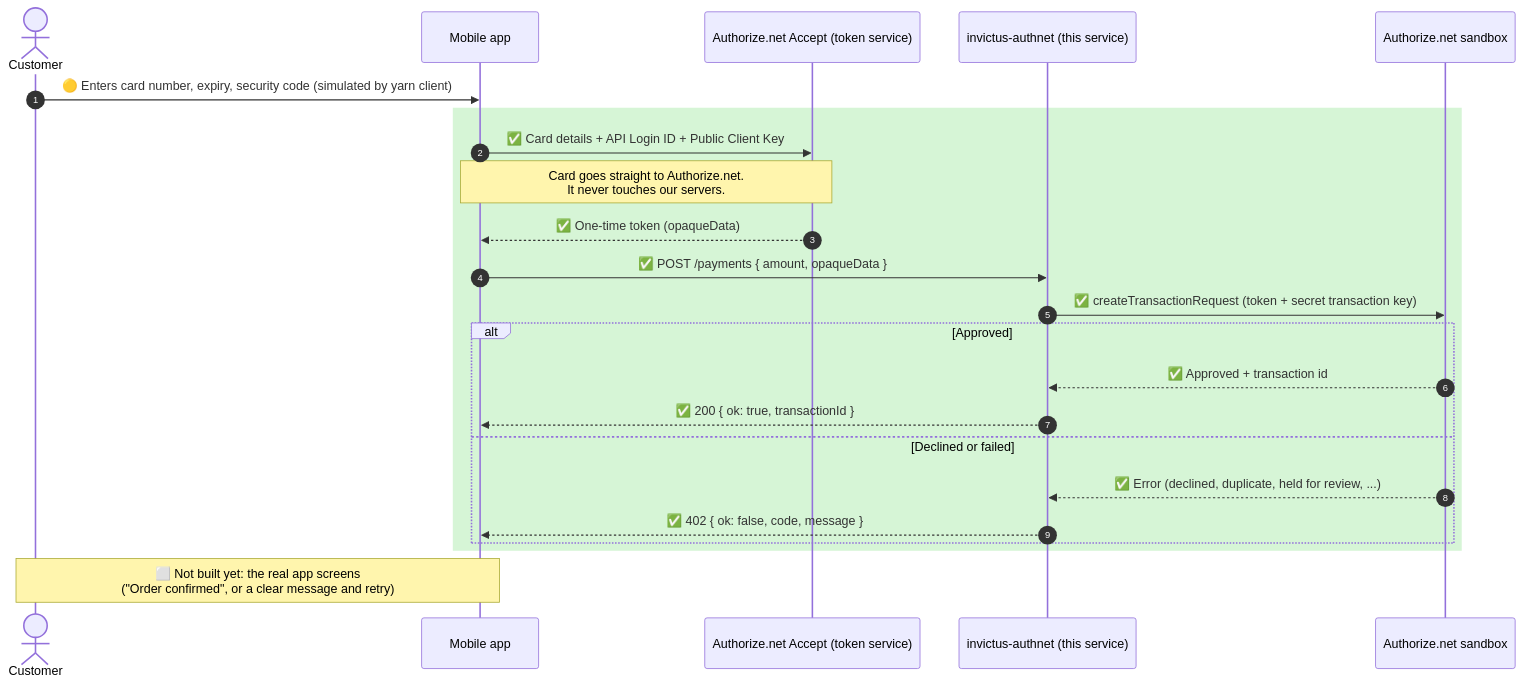
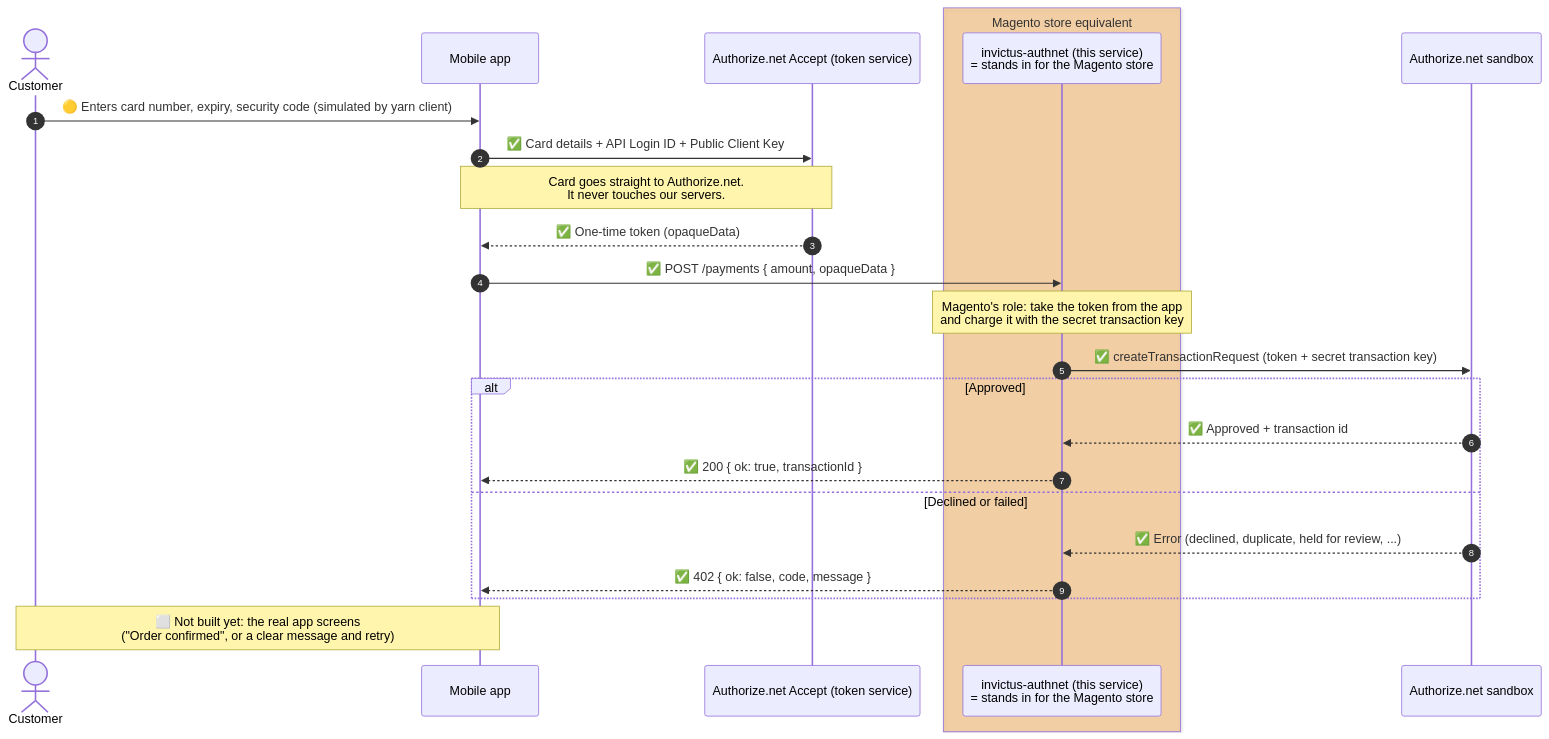
One commit to binarytracer/authorize-net-integration changed the diagram in README.md. Above: the diagram before and after it, drawn with Mermaid. The commit also changed other lines of this file, not shown here.

Commit message:
chore: diagram updated

````diff
--- a/README.md
+++ b/README.md
@@ -116,26 +116,27 @@
 ```mermaid
 sequenceDiagram
   autonumber
   actor U as Customer
   participant A as Mobile app
   participant AC as Authorize.net Accept (token service)
-  participant API as invictus-authnet (this service)
+  box rgba(255, 140, 0, 0.30) Magento store equivalent
+    participant API as invictus-authnet (this service)<br/>= stands in for the Magento store
+  end
   participant AN as Authorize.net sandbox
 
   U->>A: 🟡 Enters card number, expiry, security code (simulated by yarn client)
-  rect rgb(214, 245, 214)
-    A->>AC: ✅ Card details + API Login ID + Public Client Key
-    Note over A,AC: Card goes straight to Authorize.net.<br/>It never touches our servers.
-    AC-->>A: ✅ One-time token (opaqueData)
-    A->>API: ✅ POST /payments { amount, opaqueData }
-    API->>AN: ✅ createTransactionRequest (token + secret transaction key)
-    alt Approved
-      AN-->>API: ✅ Approved + transaction id
-      API-->>A: ✅ 200 { ok: true, transactionId }
-    else Declined or failed
-      AN-->>API: ✅ Error (declined, duplicate, held for review, ...)
-      API-->>A: ✅ 402 { ok: false, code, message }
-    end
+  A->>AC: ✅ Card details + API Login ID + Public Client Key
+  Note over A,AC: Card goes straight to Authorize.net.<br/>It never touches our servers.
+  AC-->>A: ✅ One-time token (opaqueData)
+  A->>API: ✅ POST /payments { amount, opaqueData }
+  Note over API: Magento's role: take the token from the app<br/>and charge it with the secret transaction key
+  API->>AN: ✅ createTransactionRequest (token + secret transaction key)
+  alt Approved
+    AN-->>API: ✅ Approved + transaction id
+    API-->>A: ✅ 200 { ok: true, transactionId }
+  else Declined or failed
+    AN-->>API: ✅ Error (declined, duplicate, held for review, ...)
+    API-->>A: ✅ 402 { ok: false, code, message }
   end
   Note over U,A: ⬜ Not built yet: the real app screens<br/>("Order confirmed", or a clear message and retry)
 ```
````
